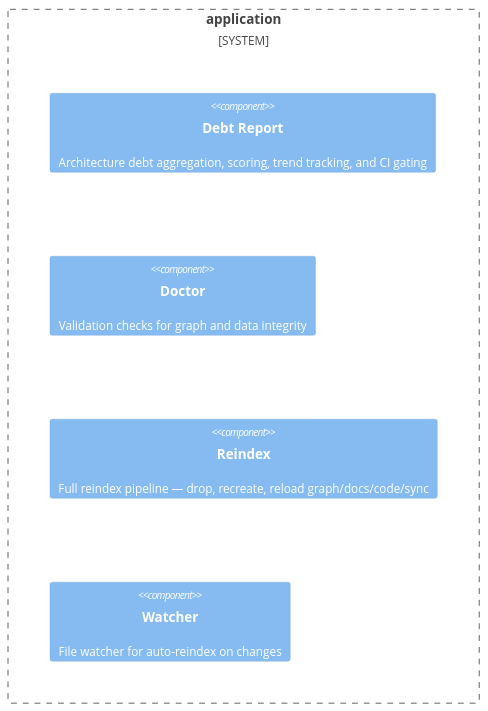
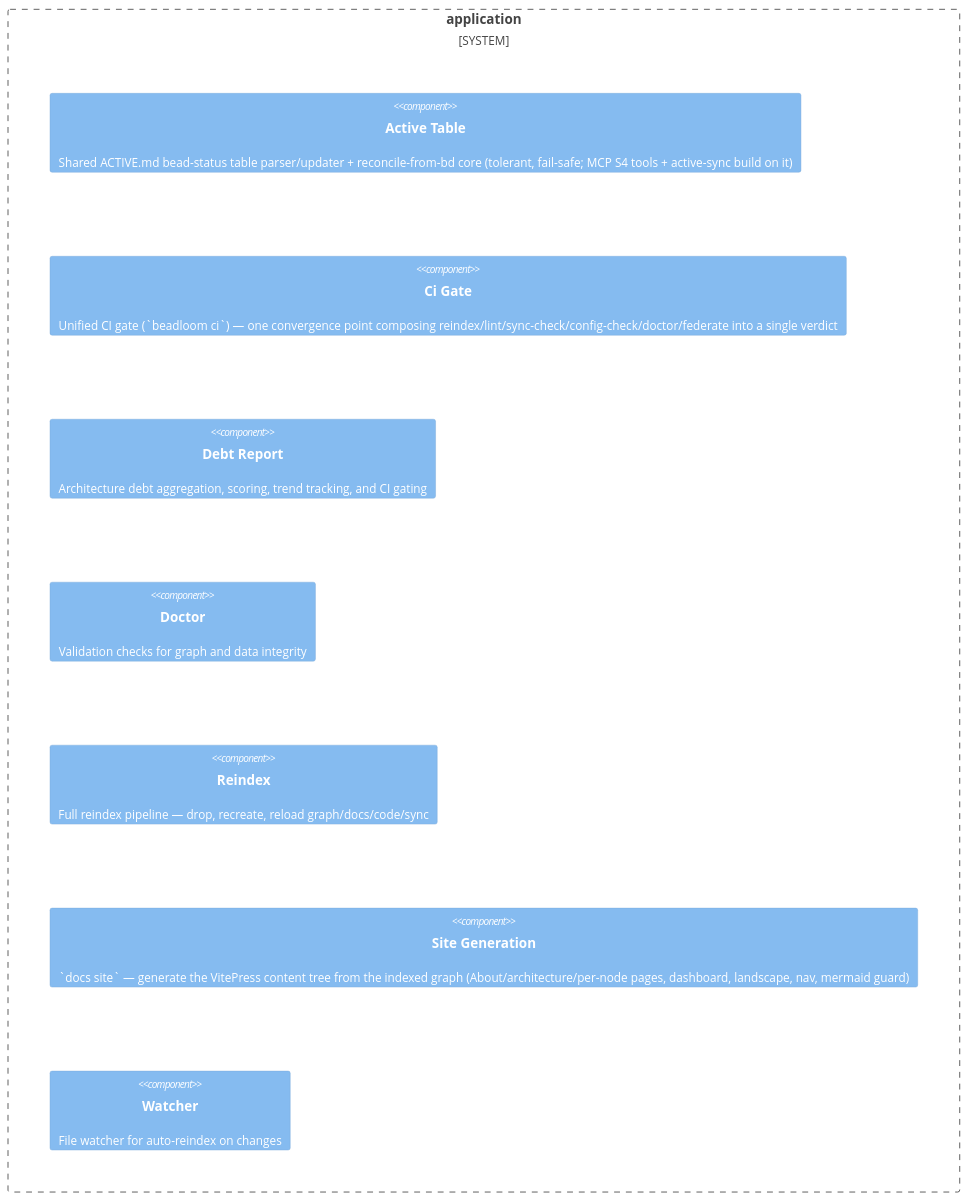
Before and after one commit to zoologov/beadloom: the diagram in site/domains/application.md, drawn with Mermaid. The commit also changed other lines of this file and 128 other files, not shown here.

First line of the commit message:
[BDL-053] feat: tracker / ACTIVE coherence hook — reconcile-from-bd, correct by construction [skip ai-techwriter]

````diff
--- a/site/domains/application.md
+++ b/site/domains/application.md
@@ -92,9 +98,12 @@
 ```mermaid
 C4Container
     System_Boundary(application_boundary, "application") {
+        Component(active_table, "Active Table", "", "Shared ACTIVE.md bead-status table parser/updater + reconcile-from-bd core (tolerant, fail-safe; MCP S4 tools + active-sync build on it)")
+        Component(ci_gate, "Ci Gate", "", "Unified CI gate (`beadloom ci`) — one convergence point composing reindex/lint/sync-check/config-check/doctor/federate into a single verdict")
         Component(debt_report, "Debt Report", "", "Architecture debt aggregation, scoring, trend tracking, and CI gating")
         Component(doctor, "Doctor", "", "Validation checks for graph and data integrity")
         Component(reindex, "Reindex", "", "Full reindex pipeline — drop, recreate, reload graph/docs/code/sync")
+        Component(site_generation, "Site Generation", "", "`docs site` — generate the VitePress content tree from the indexed graph (About/architecture/per-node pages, dashboard, landscape, nav, mermaid guard)")
         Component(watcher, "Watcher", "", "File watcher for auto-reindex on changes")
     }
 ```
````
